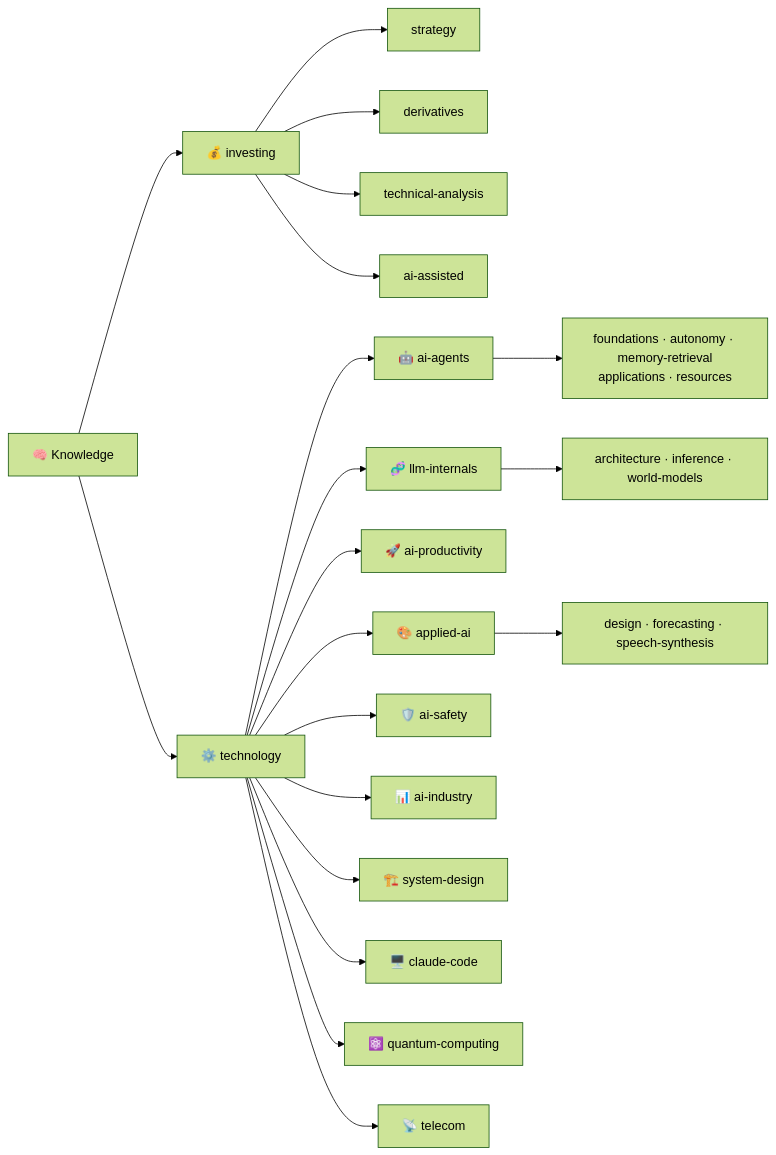
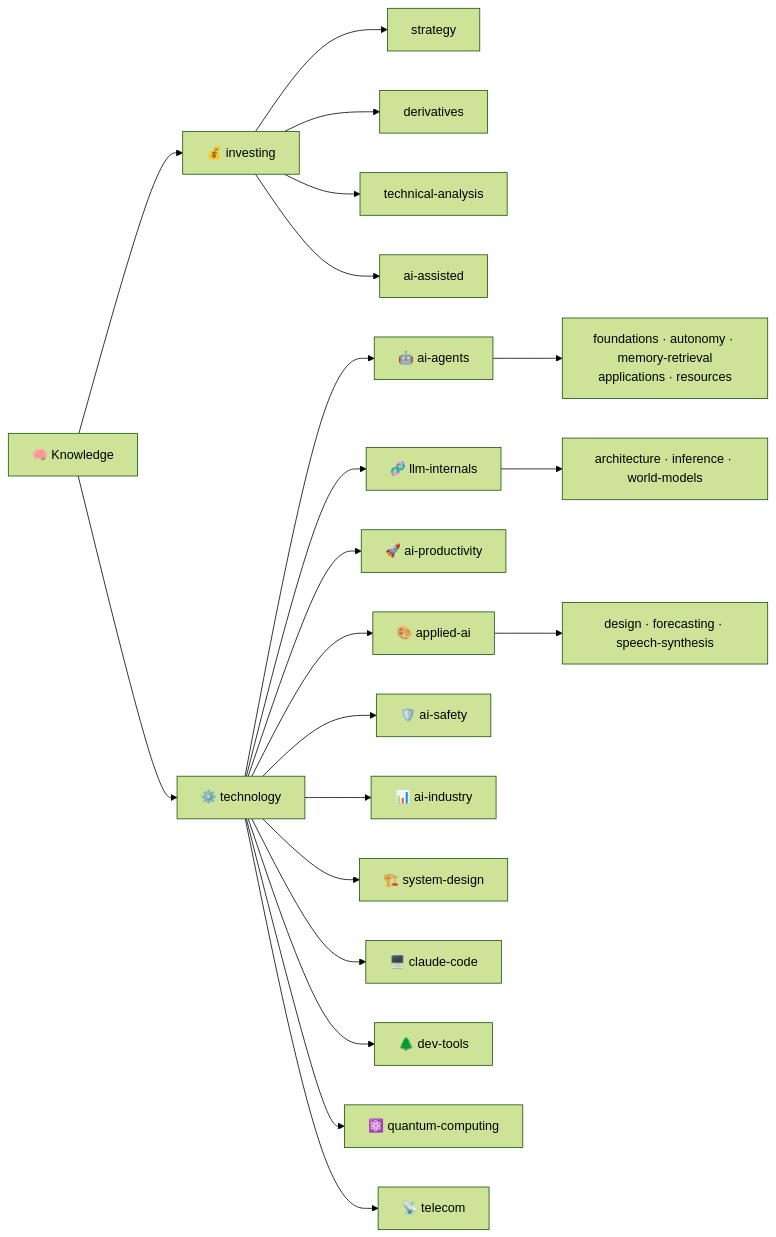
The diagram in README.md (shooter2062424/Knowledge), drawn with Mermaid (forest theme) before and after one commit. The commit also changed other lines of this file and 1 other file, not shown here.

````diff
--- a/README.md
+++ b/README.md
@@ -25,22 +25,23 @@
 ```mermaid
 flowchart LR
     K["🧠 Knowledge"] --> I["💰 investing"]
     K --> T["⚙️ technology"]
     I --> I1["strategy"]
     I --> I2["derivatives"]
     I --> I3["technical-analysis"]
     I --> I4["ai-assisted"]
     T --> T1["🤖 ai-agents"]
     T --> T2["🧬 llm-internals"]
     T --> T3["🚀 ai-productivity"]
     T --> T4["🎨 applied-ai"]
     T --> T7["🛡️ ai-safety"]
     T --> T9["📊 ai-industry"]
     T --> T10["🏗️ system-design"]
     T --> T8["🖥️ claude-code"]
+    T --> T11["🌲 dev-tools"]
     T --> T6["⚛️ quantum-computing"]
     T --> T5["📡 telecom"]
     T1 --> T1a["foundations · autonomy · memory-retrieval<br/>applications · resources"]
     T2 --> T2a["architecture · inference · world-models"]
     T4 --> T4a["design · forecasting · speech-synthesis"]
 ```
````
